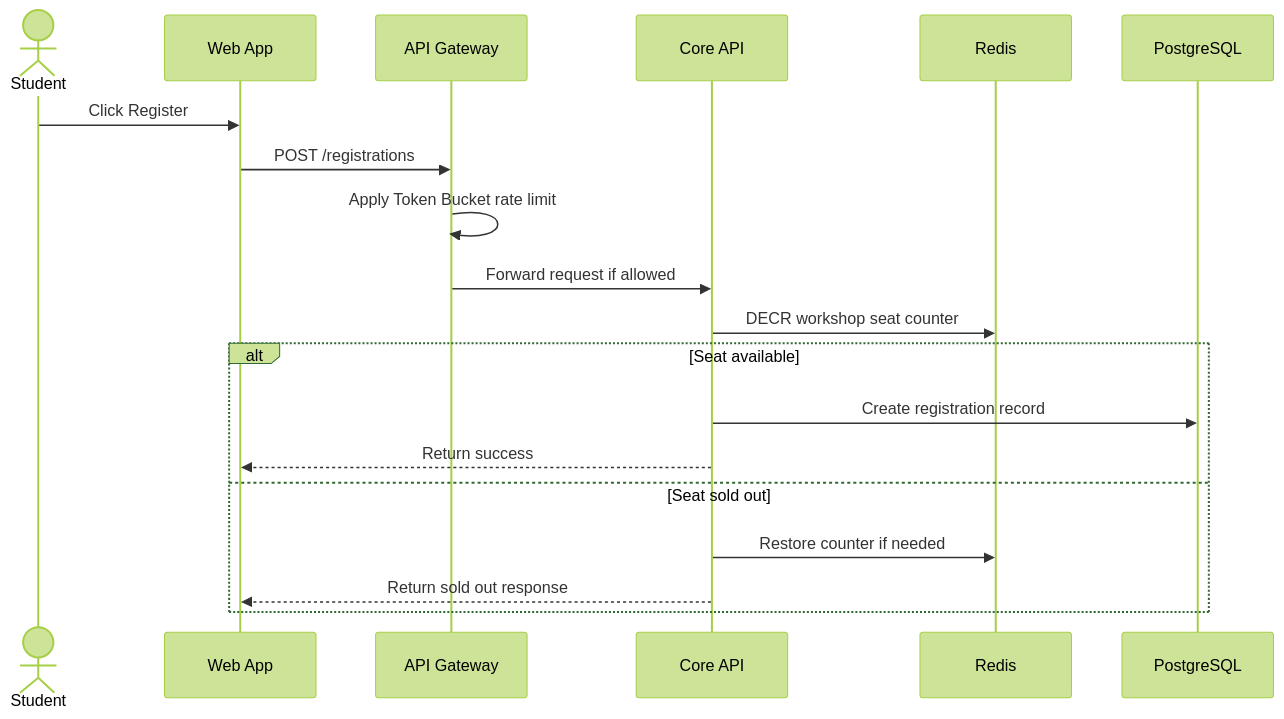
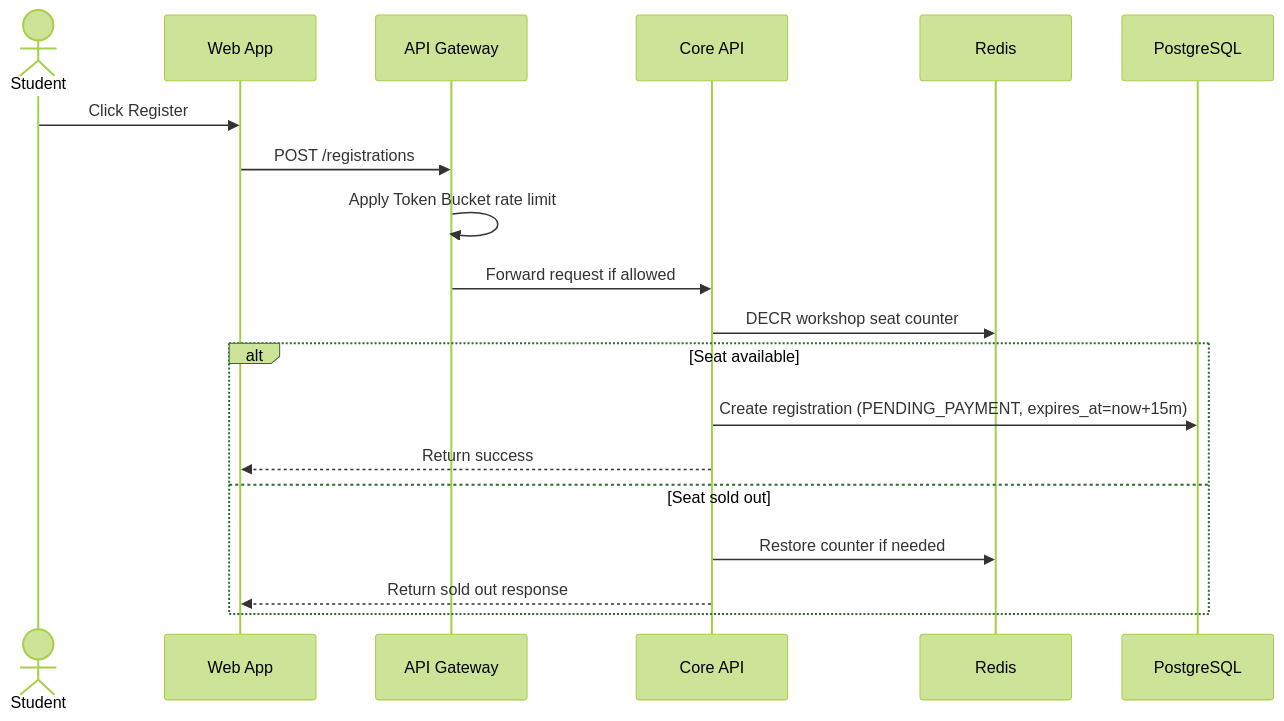
Before and after one commit to AkiraTomori/unihub_workshop: the diagram in blueprint/specs/registration.md, drawn with Mermaid (forest theme). The commit also changed other lines of this file and 5 other files, not shown here.

````diff
--- a/blueprint/specs/registration.md
+++ b/blueprint/specs/registration.md
@@ -18,22 +20,22 @@
 ```mermaid
 sequenceDiagram
     actor Student
     participant Web as Web App
     participant Gateway as API Gateway
     participant Core as Core API
     participant Redis as Redis
     participant DB as PostgreSQL
 
     Student->>Web: Click Register
     Web->>Gateway: POST /registrations
     Gateway->>Gateway: Apply Token Bucket rate limit
     Gateway->>Core: Forward request if allowed
     Core->>Redis: DECR workshop seat counter
     alt Seat available
-        Core->>DB: Create registration record
+        Core->>DB: Create registration (PENDING_PAYMENT, expires_at=now+15m)
         Core-->>Web: Return success
     else Seat sold out
         Core->>Redis: Restore counter if needed
         Core-->>Web: Return sold out response
     end
 ```
````
